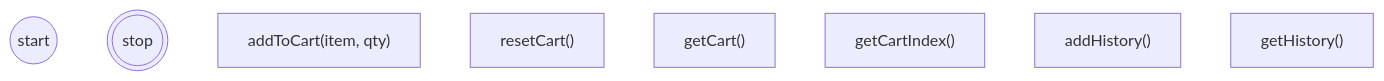
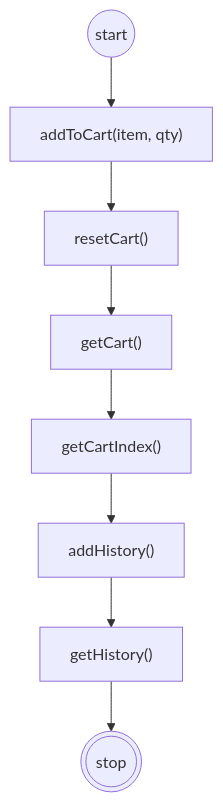
Before and after one commit to hilmy07/koda-b4-program1: the diagram in flowchart/cart.md, drawn with Mermaid.

Commit message:
fix: update flowchart bagian cart

````diff
--- a/flowchart/cart.md
+++ b/flowchart/cart.md
@@ -3,12 +3,14 @@
 ```mermaid
 flowchart TD
 
 start((start))
 stop(((stop)))
 addToCart["addToCart(item, qty)"]
 resetCart["resetCart()"]
 getCart["getCart()"]
 getCartIndex["getCartIndex()"]
 addHistory["addHistory()"]
 getHistory["getHistory()"]
+
+start-->addToCart-->resetCart-->getCart-->getCartIndex-->addHistory-->getHistory-->stop
 ```
````
